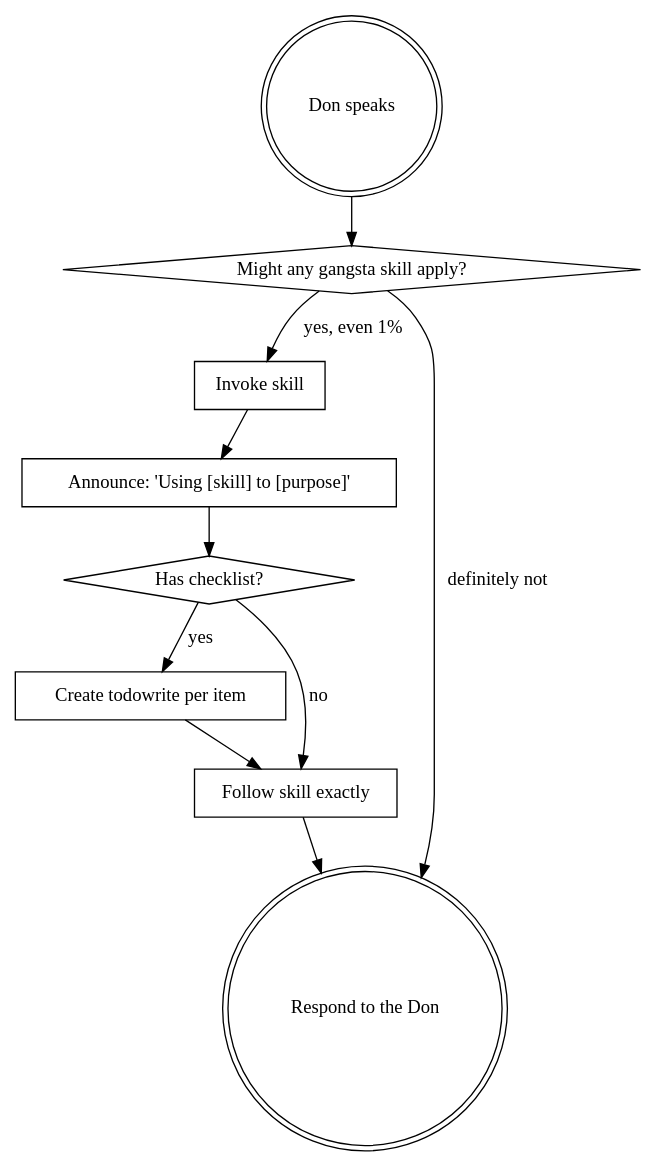
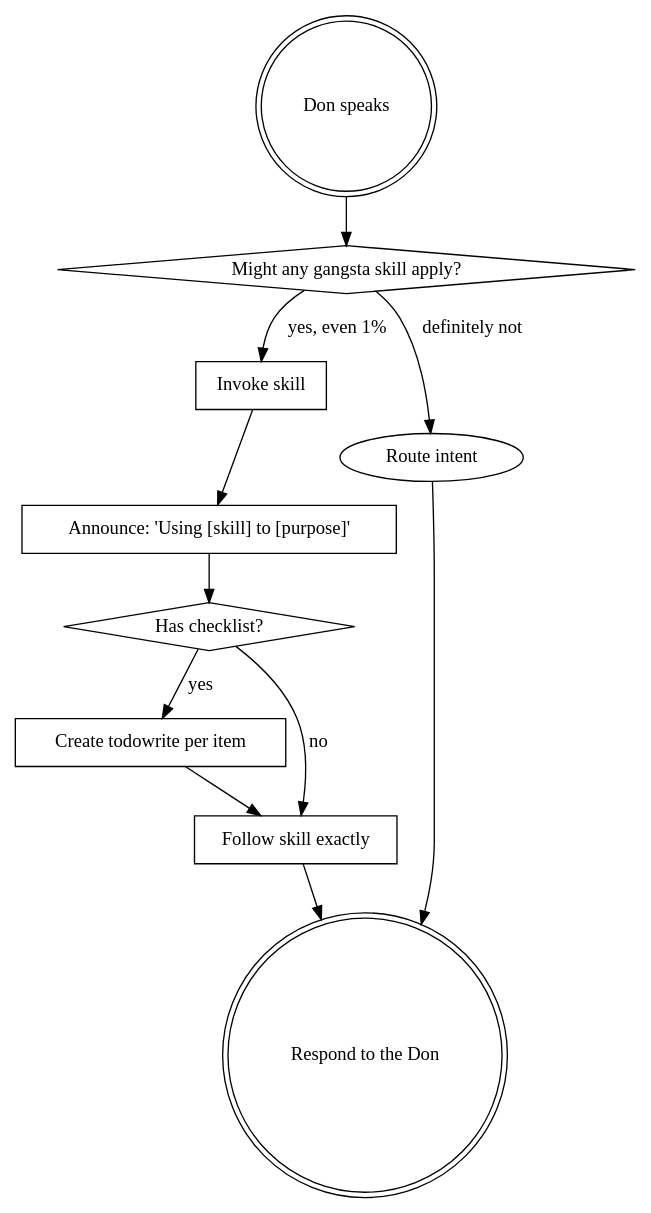
The diagram in skills/using-gangsta/SKILL.md (kucherenko/gangsta), drawn with Graphviz before and after one commit. The commit also changed other lines of this file and 2 other files, not shown here.

First line of the commit message:
refactor: merge the-don into using-gangsta, add proactive memory capture

````diff
--- a/skills/using-gangsta/SKILL.md
+++ b/skills/using-gangsta/SKILL.md
@@ -50,22 +48,23 @@
 ```dot
 digraph skill_flow {
     "Don speaks" [shape=doublecircle];
     "Might any gangsta skill apply?" [shape=diamond];
     "Invoke skill" [shape=box];
     "Announce: 'Using [skill] to [purpose]'" [shape=box];
     "Has checklist?" [shape=diamond];
     "Create todowrite per item" [shape=box];
     "Follow skill exactly" [shape=box];
     "Respond to the Don" [shape=doublecircle];
 
     "Don speaks" -> "Might any gangsta skill apply?";
     "Might any gangsta skill apply?" -> "Invoke skill" [label="yes, even 1%"];
-    "Might any gangsta skill apply?" -> "Respond to the Don" [label="definitely not"];
+    "Might any gangsta skill apply?" -> "Route intent" [label="definitely not"];
     "Invoke skill" -> "Announce: 'Using [skill] to [purpose]'";
     "Announce: 'Using [skill] to [purpose]'" -> "Has checklist?";
     "Has checklist?" -> "Create todowrite per item" [label="yes"];
     "Has checklist?" -> "Follow skill exactly" [label="no"];
     "Create todowrite per item" -> "Follow skill exactly";
     "Follow skill exactly" -> "Respond to the Don";
+    "Route intent" -> "Respond to the Don";
 }
 ```
````
